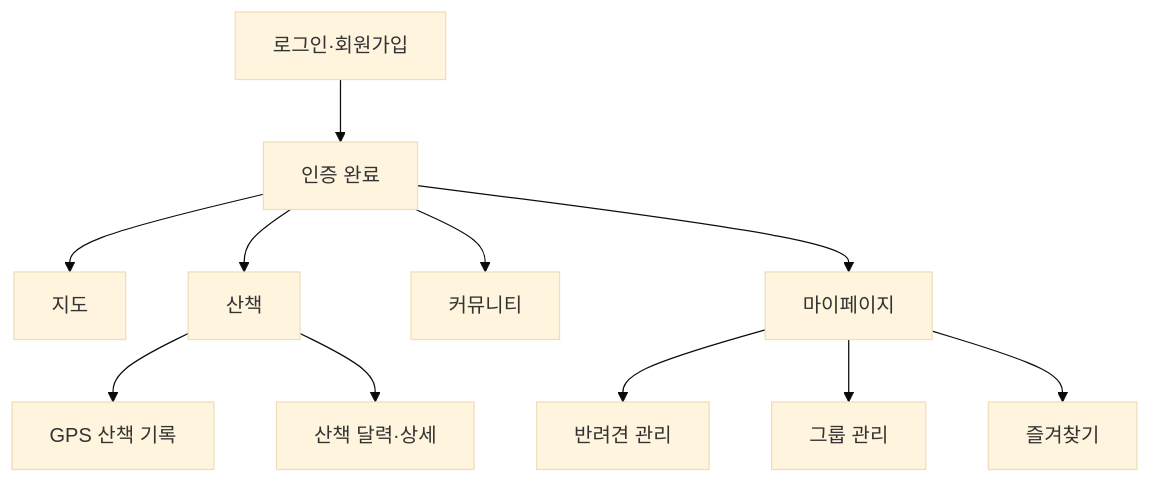
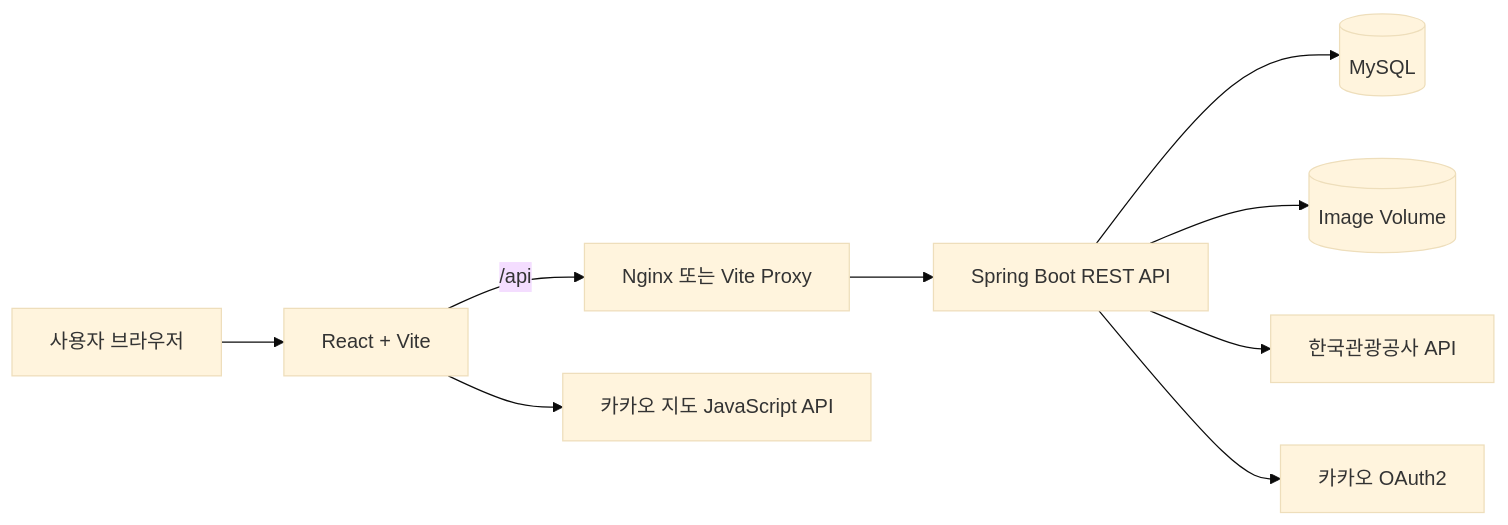
Before and after one commit to meongkk/daenggo-FE: the first of 3 diagrams in README.md, drawn with Mermaid (base theme). The commit also changed other lines of this file, not shown here.

````diff
--- a/README.md
+++ b/README.md
@@ -41,13 +65,11 @@
 ```mermaid
-flowchart TD
-    L[로그인·회원가입] --> A[인증 완료]
-    A --> M[지도]
-    A --> W[산책]
-    A --> B[커뮤니티]
-    A --> P[마이페이지]
-    P --> PET[반려견 관리]
-    P --> G[그룹 관리]
-    P --> F[즐겨찾기]
-    W --> WT[GPS 산책 기록]
-    W --> WC[산책 달력·상세]
+flowchart LR
+    U[사용자 브라우저] --> F[React + Vite]
+    F -->|/api| N[Nginx 또는 Vite Proxy]
+    N --> B[Spring Boot REST API]
+    B --> DB[(MySQL)]
+    B --> FS[(Image Volume)]
+    B --> T[한국관광공사 API]
+    B --> K[카카오 OAuth2]
+    F --> M[카카오 지도 JavaScript API]
 ```
````
